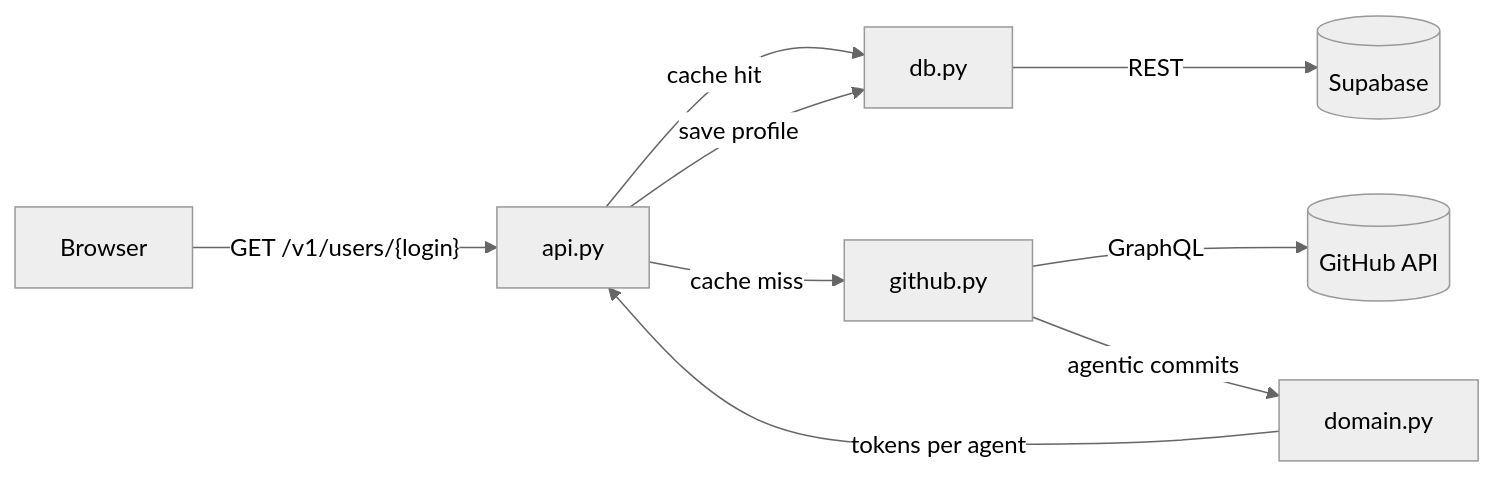
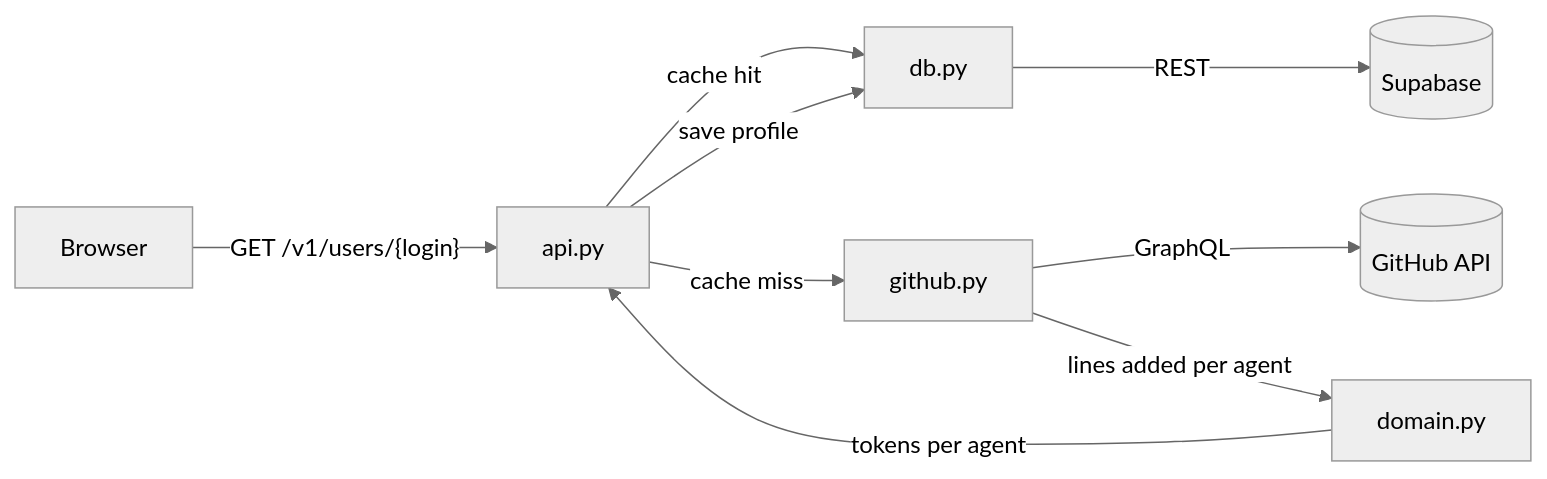
Before and after one commit to Lluc24/GitToken: the diagram in README.md, drawn with Mermaid (neutral theme). The commit also changed 9 other files, not shown here.

````diff
--- a/README.md
+++ b/README.md
@@ -13,11 +13,11 @@
 ```mermaid
 flowchart LR
     Browser -->|"GET /v1/users/{login}"| api[api.py]
     api -->|cache hit| db[db.py]
     db -->|REST| Supabase[(Supabase)]
     api -->|cache miss| github[github.py]
     github -->|GraphQL| GitHub[(GitHub API)]
-    github -->|agentic commits| domain[domain.py]
+    github -->|lines added per agent| domain[domain.py]
     domain -->|tokens per agent| api
     api -->|save profile| db
 ```
````
